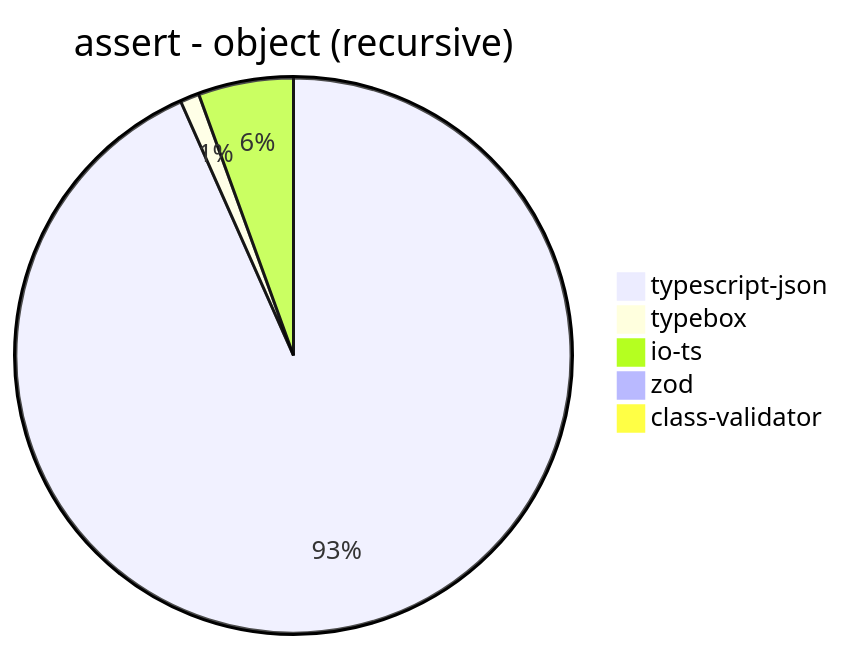
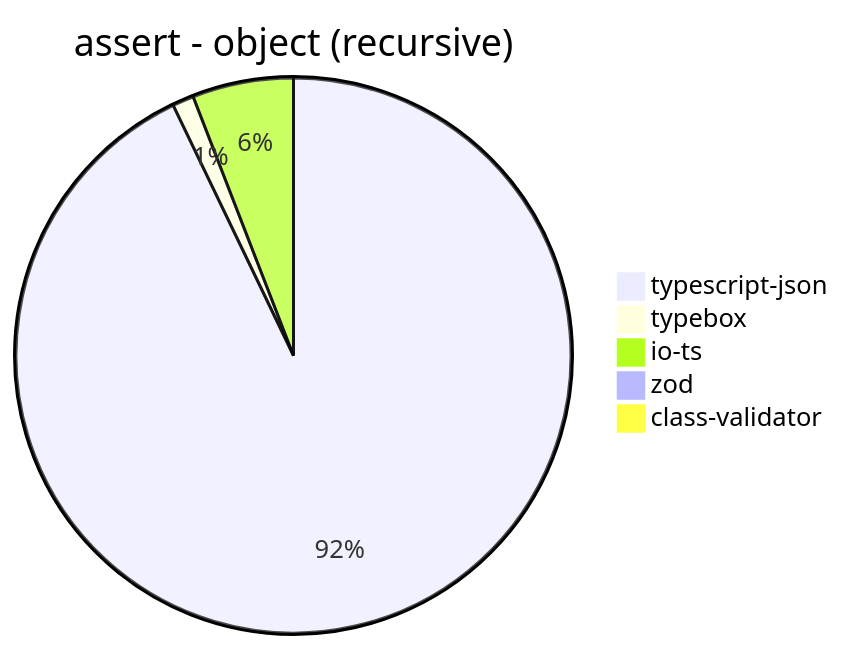
The tenth of 39 diagrams in benchmark/results/11th Gen Intel(R) Core(TM) i5-1135G7 @ 2.40GHz.md (samchon/typia), drawn with Mermaid before and after one commit. The commit also changed other lines of this file and 7 other files, not shown here.

````diff
--- a/benchmark/results/11th Gen Intel(R) Core(TM) i5-1135G7 @ 2.40GHz.md
+++ b/benchmark/results/11th Gen Intel(R) Core(TM) i5-1135G7 @ 2.40GHz.md
@@ -136,8 +136,8 @@
 ```mermaid
 pie title assert - object (recursive)
-  "typescript-json": 28218.86582653818
-  "typebox": 335.99854624750134
-  "io-ts": 1673.6744186046512
-  "zod": 73.63687464867904
-  "class-validator": 39.48576675849403
+  "typescript-json": 25530.47042052744
+  "typebox": 342.6842684268427
+  "io-ts": 1617.6205091171691
+  "zod": 78.80844645550528
+  "class-validator": 39.41068139963168
 ```
````
